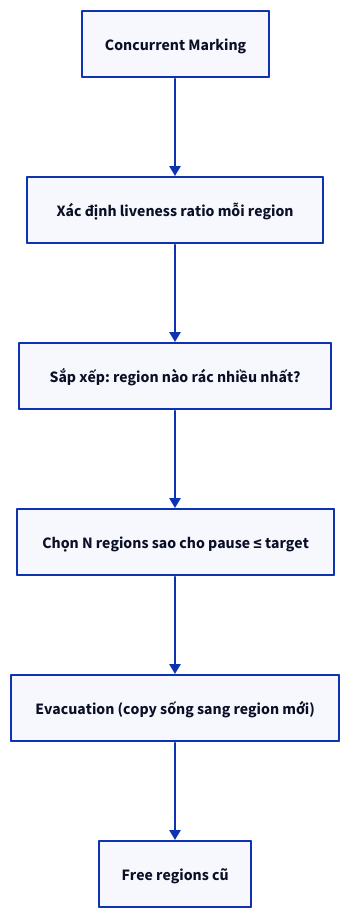
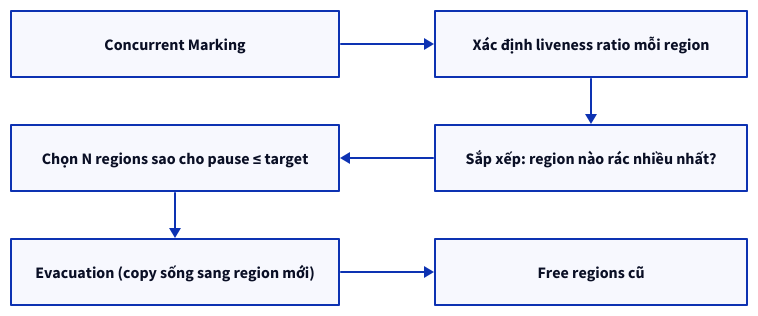
One commit to vanhiep99w/java-learn changed the eighth of 11 diagrams in content/docs/jvm/garbage-collection.md. Above: the diagram before and after it, drawn with D2. The commit also changed other lines of this file and 62 other files, not shown here.

Commit message:
feat(docs): upgrade docs-kit and optimize diagram layouts

````diff
--- a/content/docs/jvm/garbage-collection.md
+++ b/content/docs/jvm/garbage-collection.md
@@ -696,14 +696,17 @@
 ```d2 title="9.2. Mixed GC — chỉ thu regions \"rác nhiều nhất\""
-direction: down
+grid-rows: 3
+grid-columns: 2
+horizontal-gap: 96
+vertical-gap: 48
 n_A: "Concurrent Marking"
 n_B: "Xác định liveness ratio mỗi region"
+n_D: "Chọn N regions sao cho pause ≤ target"
 n_C: "Sắp xếp: region nào rác nhiều nhất?"
-n_D: "Chọn N regions sao cho pause ≤ target"
 n_E: "Evacuation (copy sống sang region mới)"
 n_F: "Free regions cũ"
 n_A -> n_B
 n_B -> n_C
 n_C -> n_D
 n_D -> n_E
 n_E -> n_F
 ```
````
